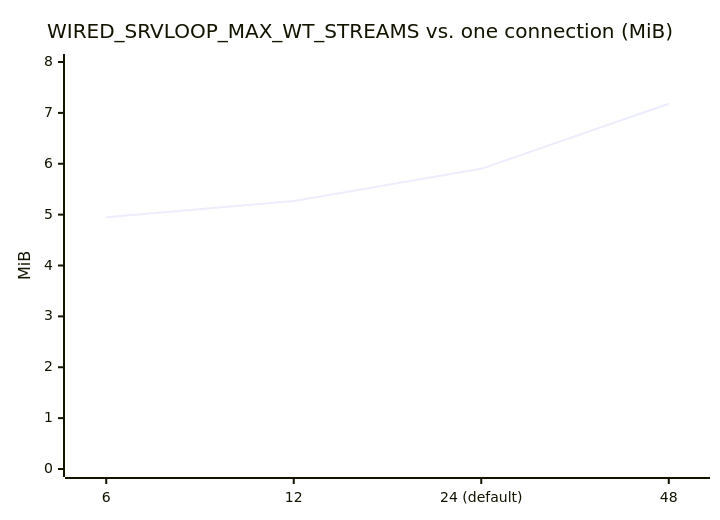
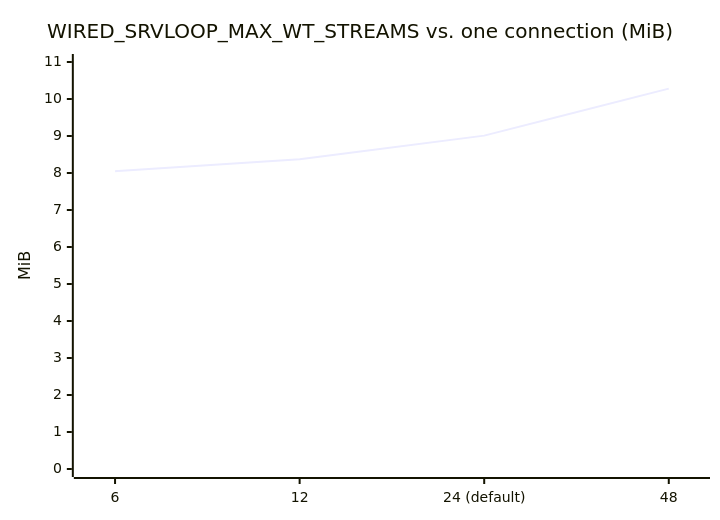
One commit to Hakkadaikon/wired changed the seventh of 9 diagrams in docs/architecture/memory.md. Above: the diagram before and after it, drawn with Mermaid. The commit also changed other lines of this file and 4 other files, not shown here.

````diff
--- a/docs/architecture/memory.md
+++ b/docs/architecture/memory.md
@@ -130,7 +130,7 @@
 ```mermaid
 xychart-beta
     title "WIRED_SRVLOOP_MAX_WT_STREAMS vs. one connection (MiB)"
     x-axis ["6", "12", "24 (default)", "48"]
-    y-axis "MiB" 0 --> 8
-    line [4.95, 5.27, 5.90, 7.18]
+    y-axis "MiB" 0 --> 11
+    line [8.05, 8.37, 9.01, 10.28]
 ```
````
